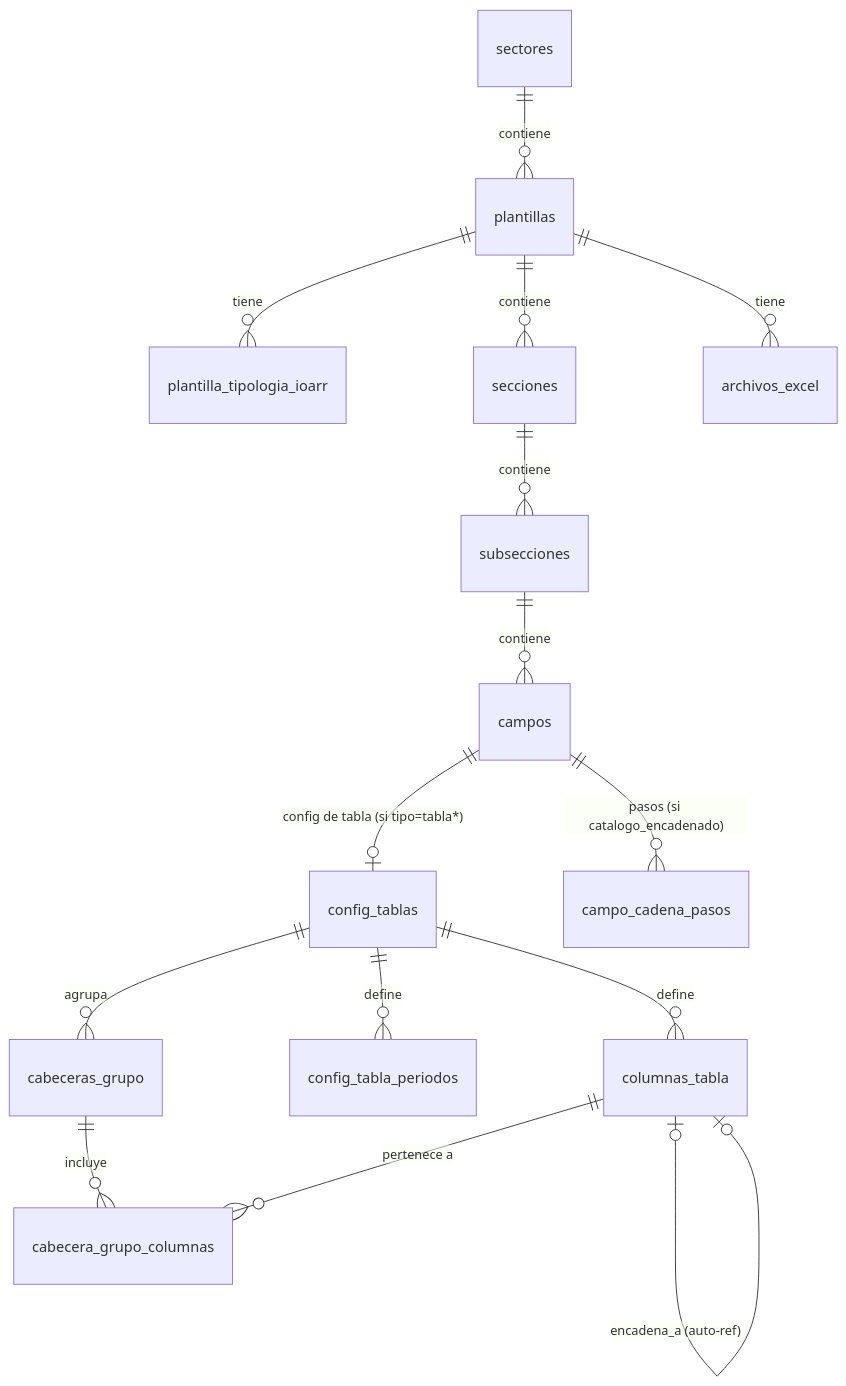
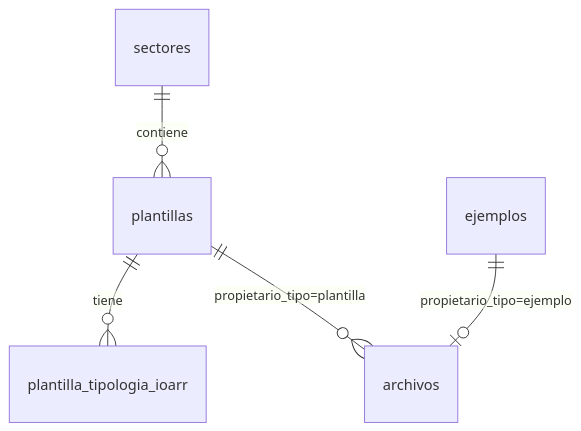
The first of 2 diagrams in docs/database-design.md (jhoanCruzCastillo/proyecta-facil), drawn with Mermaid before and after one commit. The commit also changed other lines of this file and 113 other files, not shown here.

````diff
--- a/docs/database-design.md
+++ b/docs/database-design.md
@@ -31,17 +47,7 @@
 ```mermaid
 erDiagram
     sectores ||--o{ plantillas : contiene
     plantillas ||--o{ plantilla_tipologia_ioarr : tiene
-    plantillas ||--o{ secciones : contiene
-    secciones ||--o{ subsecciones : contiene
-    subsecciones ||--o{ campos : contiene
-    campos ||--o| config_tablas : "config de tabla (si tipo=tabla*)"
-    campos ||--o{ campo_cadena_pasos : "pasos (si catalogo_encadenado)"
-    config_tablas ||--o{ columnas_tabla : define
-    config_tablas ||--o{ config_tabla_periodos : define
-    config_tablas ||--o{ cabeceras_grupo : agrupa
-    cabeceras_grupo ||--o{ cabecera_grupo_columnas : incluye
-    columnas_tabla ||--o{ cabecera_grupo_columnas : "pertenece a"
-    columnas_tabla |o--o| columnas_tabla : "encadena_a (auto-ref)"
-    plantillas ||--o{ archivos_excel : tiene
+    plantillas ||--o{ archivos : "propietario_tipo=plantilla"
+    ejemplos ||--o| archivos : "propietario_tipo=ejemplo"
 ```
````
